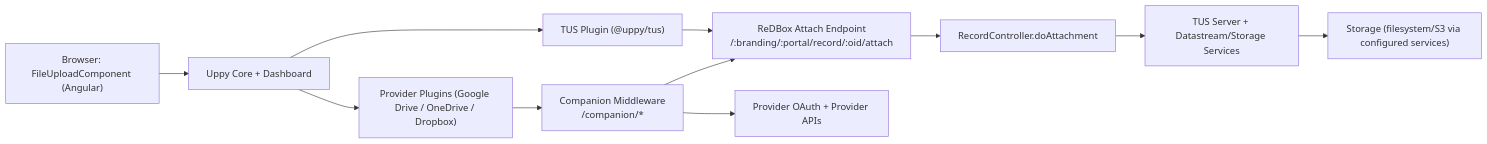
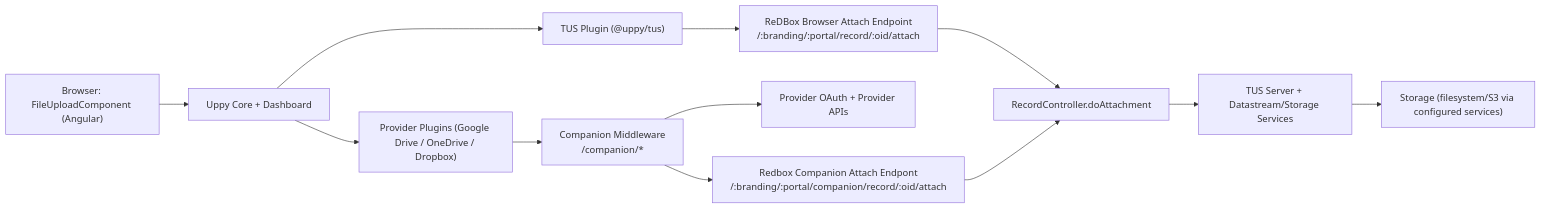
The first of 4 diagrams in support/wiki/Uppy-and-TUS-Architecture.md (redbox-mint/redbox-portal), drawn with Mermaid before and after one commit. The commit also changed other lines of this file and 3 other files, not shown here.

Commit message:
Feature: Update FileUploadComponent to use non-companion endpoint for local uploads and enhance endpoint configuration for remote uploads

````diff
--- a/support/wiki/Uppy-and-TUS-Architecture.md
+++ b/support/wiki/Uppy-and-TUS-Architecture.md
@@ -11,13 +11,14 @@
 ```mermaid
 flowchart LR
     A["Browser: FileUploadComponent (Angular)"] --> B["Uppy Core + Dashboard"]
     B --> C["TUS Plugin (@uppy/tus)"]
     B --> D["Provider Plugins (Google Drive / OneDrive / Dropbox)"]
-    C --> E["ReDBox Attach Endpoint\n/:branding/:portal/record/:oid/attach"]
+    C --> E["ReDBox Browser Attach Endpoint\n/:branding/:portal/record/:oid/attach"]
     D --> F["Companion Middleware\n/companion/*"]
     F --> G["Provider OAuth + Provider APIs"]
-    F --> E
-    E --> H["RecordController.doAttachment"]
-    H --> I["TUS Server + Datastream/Storage Services"]
-    I --> J["Storage (filesystem/S3 via configured services)"]
+    F --> H["Redbox Companion Attach Endpont\n/:branding/:portal/companion/record/:oid/attach"]
+    E --> I["RecordController.doAttachment"]
+    H --> I
+    I --> J["TUS Server + Datastream/Storage Services"]
+    J --> K["Storage (filesystem/S3 via configured services)"]
 ```
````
